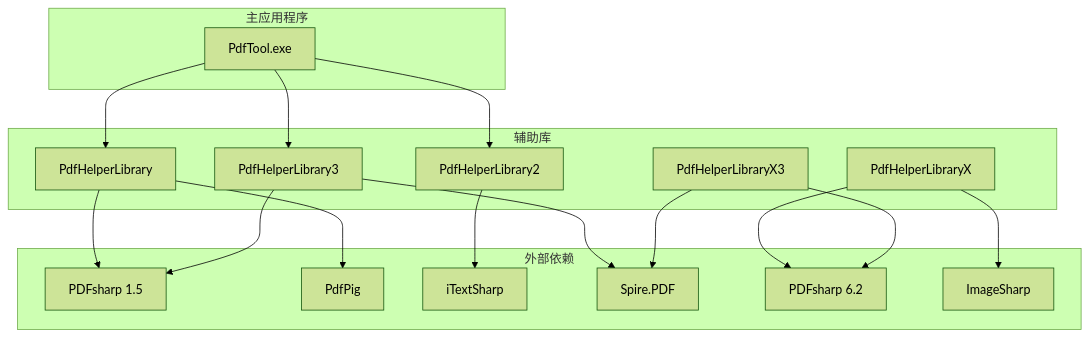
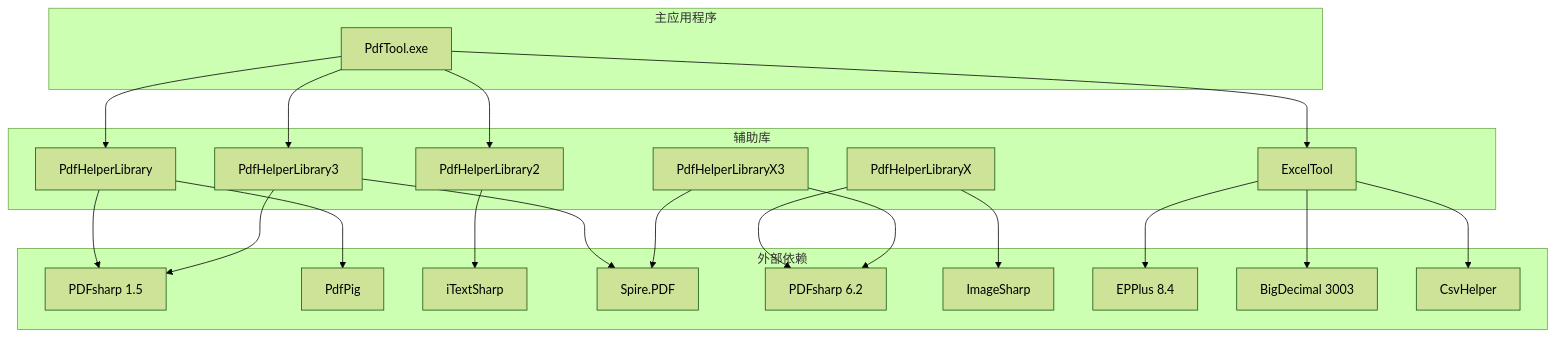
Before and after one commit to db300/PdfTool: the second of 2 diagrams in .qoder/repowiki/zh/content/技术架构设计/依赖管理/依赖管理.md, drawn with Mermaid (forest theme). The commit also changed other lines of this file and 2 other files, not shown here.

````diff
--- a/.qoder/repowiki/zh/content/技术架构设计/依赖管理/依赖管理.md
+++ b/.qoder/repowiki/zh/content/技术架构设计/依赖管理/依赖管理.md
@@ -137,33 +152,41 @@
 ```mermaid
 graph TD
 subgraph "主应用程序"
 A[PdfTool.exe]
 end
 subgraph "辅助库"
 B[PdfHelperLibrary]
 C[PdfHelperLibrary2]
 D[PdfHelperLibrary3]
 E[PdfHelperLibraryX]
 F[PdfHelperLibraryX3]
+G[ExcelTool]
 end
 subgraph "外部依赖"
-G[PDFsharp 1.5]
-H[PdfPig]
-I[iTextSharp]
-J[Spire.PDF]
-K[PDFsharp 6.2]
-L[ImageSharp]
+H[PDFsharp 1.5]
+I[PdfPig]
+J[iTextSharp]
+K[Spire.PDF]
+L[PDFsharp 6.2]
+M[ImageSharp]
+N[EPPlus 8.4]
+O[BigDecimal 3003]
+P[CsvHelper]
 end
 A --> B
 A --> C
 A --> D
-B --> G
+A --> G
 B --> H
-C --> I
-D --> G
-D --> J
-E --> K
+B --> I
+C --> J
+D --> K
+D --> H
 E --> L
+E --> M
+F --> L
 F --> K
-F --> J
+G --> N
+G --> O
+G --> P
 ```
````
